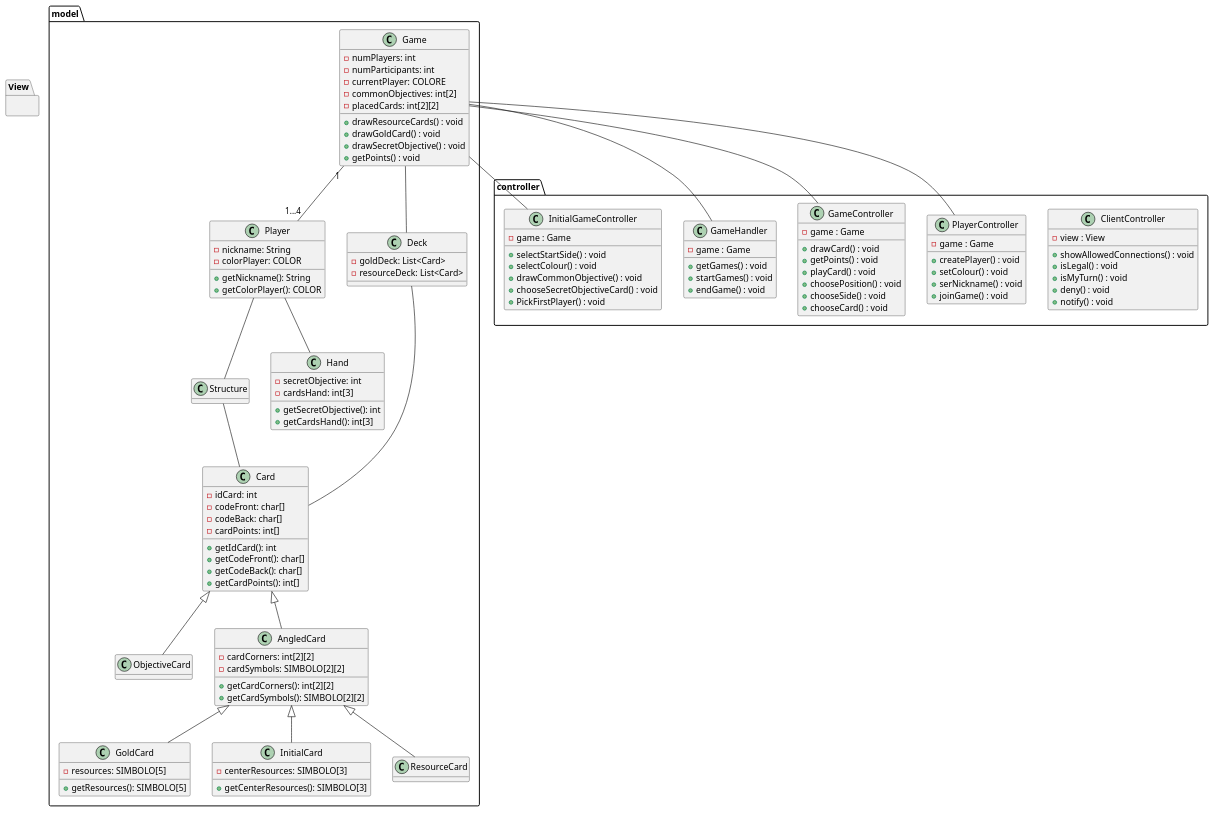
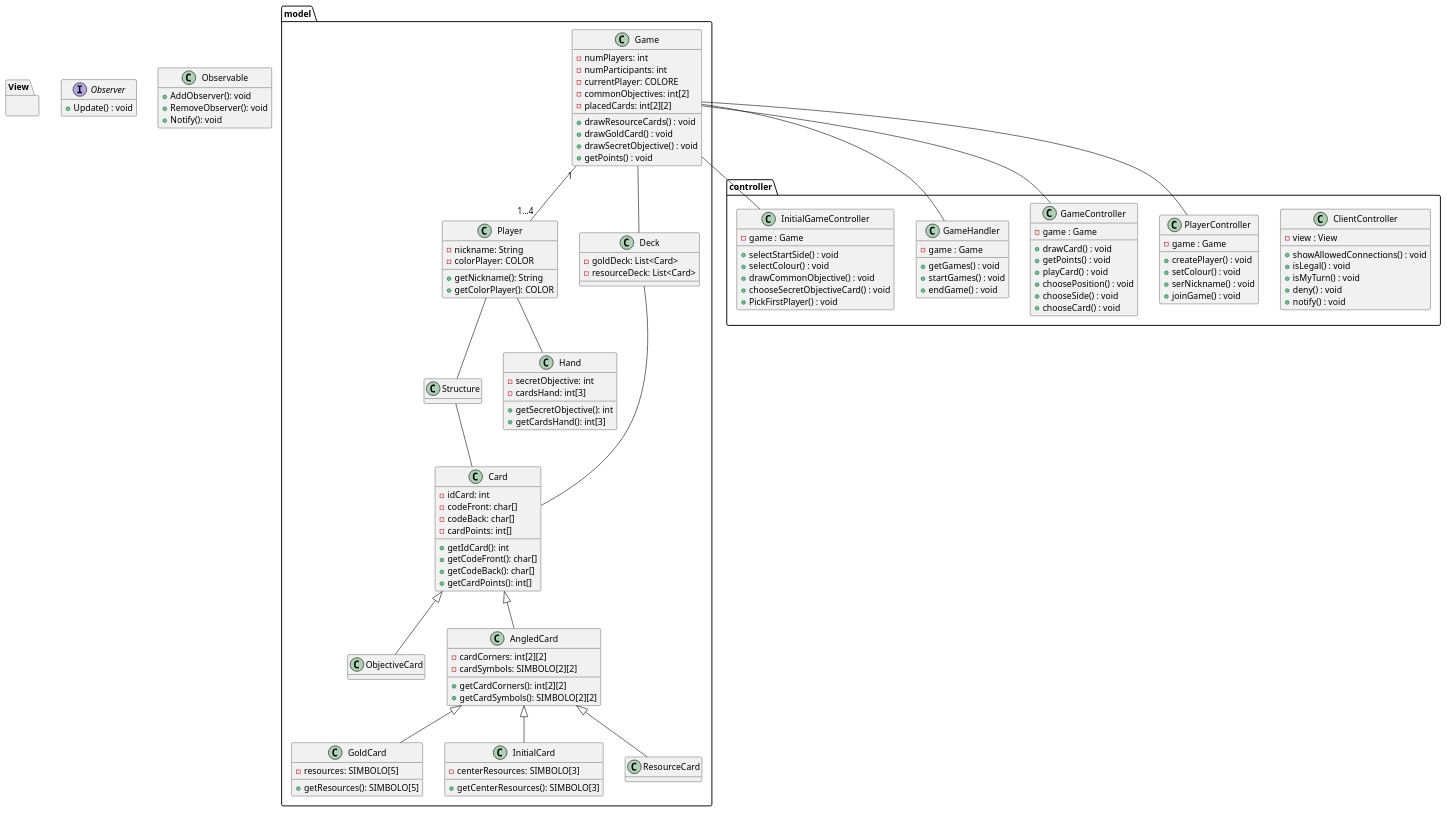
Before and after one commit to LucaPozzato/ing-sw-2024-pozzato-puccia-romano-saso: the diagram in UML/uml.pu, drawn with PlantUML.

Commit message:
Added observer/observable interfaces to uml

```diff
--- a/UML/uml.pu
+++ b/UML/uml.pu
@@ -1,172 +1,180 @@
 @startuml uml
 
 hide empty fields
 
 'TODO: '
 '1. Enumerazione simboli e colori '
 '2. frecce di composizione per struttura - carte '
 '3. metodi Game '
 '4. tutto controller '
 '5. come inserire, cosa inserire per la view '
 '6. inserire network? '
 
 package model {
 
     class Game {
         - numPlayers: int
         - numParticipants: int
         '- ?StadioGioco
         - currentPlayer: COLORE
         '?Board con dizionario colore punteggio
         'check sull'istanza array
         - commonObjectives: int[2]
         - placedCards: int[2][2]
 
 
         'Initial'
         + drawResourceCards() : void
         + drawGoldCard() : void
         + drawSecretObjective() : void
         'General'
         + getPoints() : void
 
     }
 
     class Player {
         - nickname: String
         - colorPlayer: COLOR
 
         + getNickname(): String
         + getColorPlayer(): COLOR
     }
 
 
     class Card {
         'colore lo codifichiam nell'id? o lo salviamo in una var?
         - idCard: int
         - codeFront: char[]
         - codeBack: char[]
         - cardPoints: int[]
 
         + getIdCard(): int
         + getCodeFront(): char[]
         + getCodeBack(): char[]
         + getCardPoints(): int[]
     }
 
     class ObjectiveCard extends Card {
         'tipo dell'obiettivo con enum? o codificato?'
         'non chiarissimo come caratterizzare l'obiettivo'
     }
 
     class AngledCard extends Card {
         - cardCorners: int[2][2]
         'decidere valore di default per corner non presente, corner presente non collegato, Id/puntatore carrta'
         - cardSymbols: SIMBOLO[2][2]
 
         + getCardCorners(): int[2][2]
         + getCardSymbols(): SIMBOLO[2][2]
     }
 
     class GoldCard extends AngledCard {
         - resources: SIMBOLO[5]
         'tipo ^ da capire'
         'caratterizzare tipo obiettivo'
 
         + getResources(): SIMBOLO[5]
     }
 
     class InitialCard extends AngledCard {
         - centerResources: SIMBOLO[3]
         'tipo da capire'
 
         + getCenterResources(): SIMBOLO[3]
     }
 
     class ResourceCard extends AngledCard {}
 
     class Structure {}
 
     class Deck {
         'check sul tipo dinamico statico'
         - goldDeck: List<Card>
         - resourceDeck: List<Card>
     }
 
     class Hand {
         - secretObjective: int
         - cardsHand: int[3]
 
         + getSecretObjective(): int
         + getCardsHand(): int[3]
     }
 }
 
 package controller {
 
     class ClientController {
         - view : View
         + showAllowedConnections() : void
         + isLegal() : void
         + isMyTurn() : void
         + deny() : void
         + notify() : void
     }
 
     class PlayerController {
         - game : Game
         + createPlayer() : void
         + setColour() : void
         + serNickname() : void
         + joinGame() : void
     }
 
     class GameController {
         - game : Game
         + drawCard() : void
         + getPoints() : void
         + playCard() : void
         + choosePosition() : void
         + chooseSide() : void
         + chooseCard() : void
     }
 
     class GameHandler {
         - game : Game
         + getGames() : void
         + startGames() : void
         + endGame() : void
     }
 
     class InitialGameController {
         - game : Game
         + selectStartSide() : void
         + selectColour() : void
         + drawCommonObjective() : void
         + chooseSecretObjectiveCard() : void
         + PickFirstPlayer() : void
     }
 }
 
 
 package View {
 
 
 }
 
+Interface Observer {
+    + Update() : void
+}
 
+Class Observable {
+    + AddObserver(): void
+    + RemoveObserver(): void
+    + Notify(): void
+}
 
 Game -- InitialGameController
 Game -- GameController
 Game -- GameHandler
 Game -- PlayerController
 Game "1" -- "1...4" Player
 Game -- Deck
 Deck -- Card
 Player -- Structure
 Player -- Hand
 Structure -- Card
 
 
 
 @enduml
```
